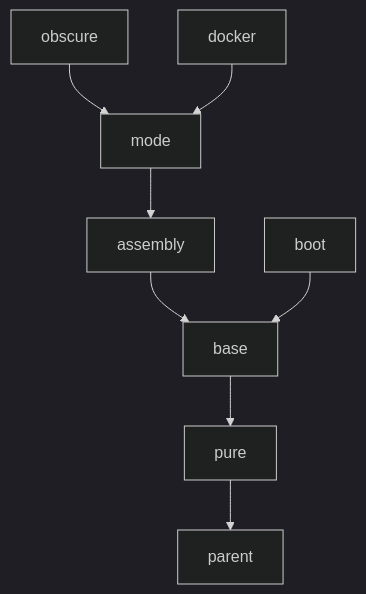
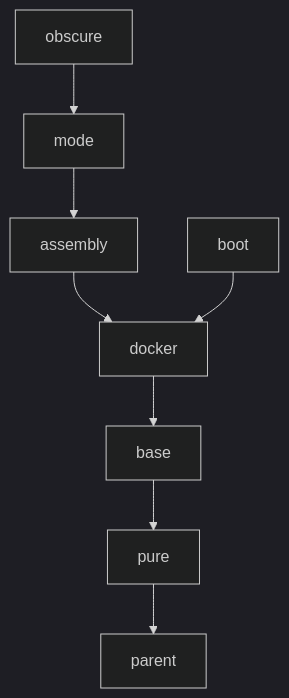
One commit to dbstar-org/parent changed the diagram in README.md. Above: the diagram before and after it, drawn with Mermaid (dark theme). The commit also changed other lines of this file and 3 other files, not shown here.

````diff
--- a/README.md
+++ b/README.md
@@ -32,10 +33,10 @@
 ```mermaid
 graph TD;
     pure-->parent;
     base-->pure;
-    assembly-->base;
+    docker-->base;
+    assembly-->docker;
     mode-->assembly;
     obscure-->mode;
-    boot-->base;
-    docker-->mode;
+    boot-->docker;
 ```
````
